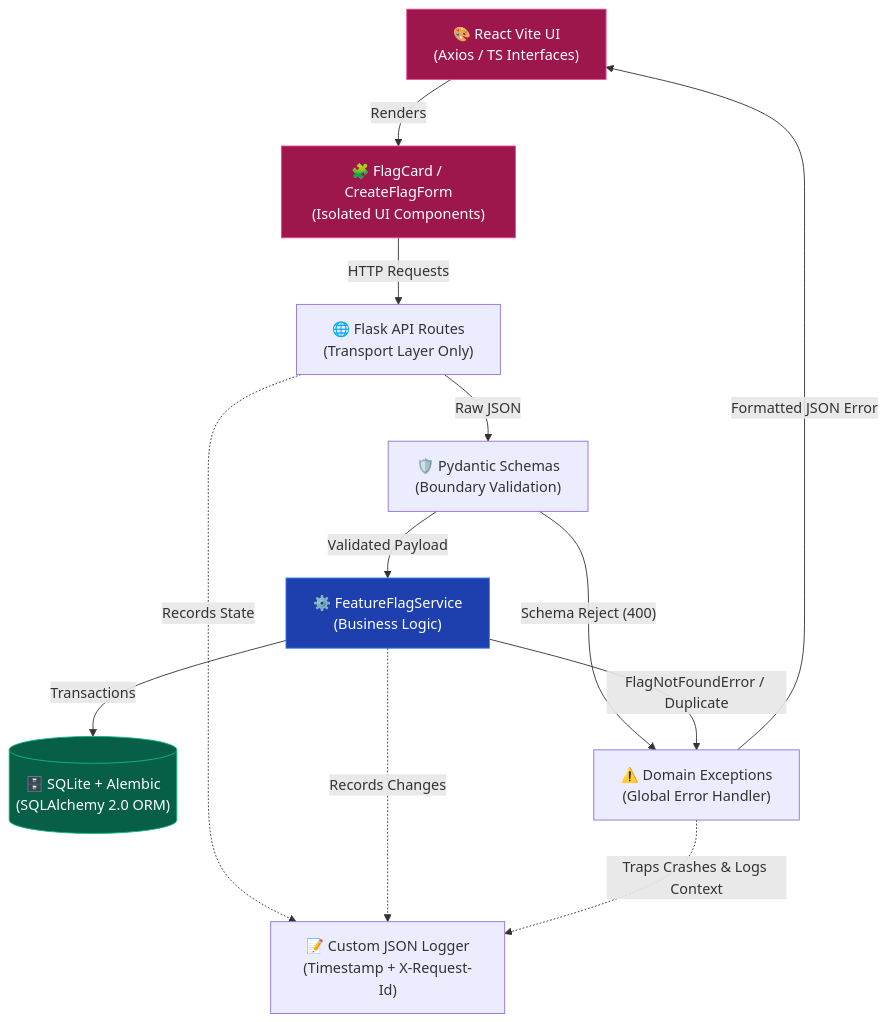
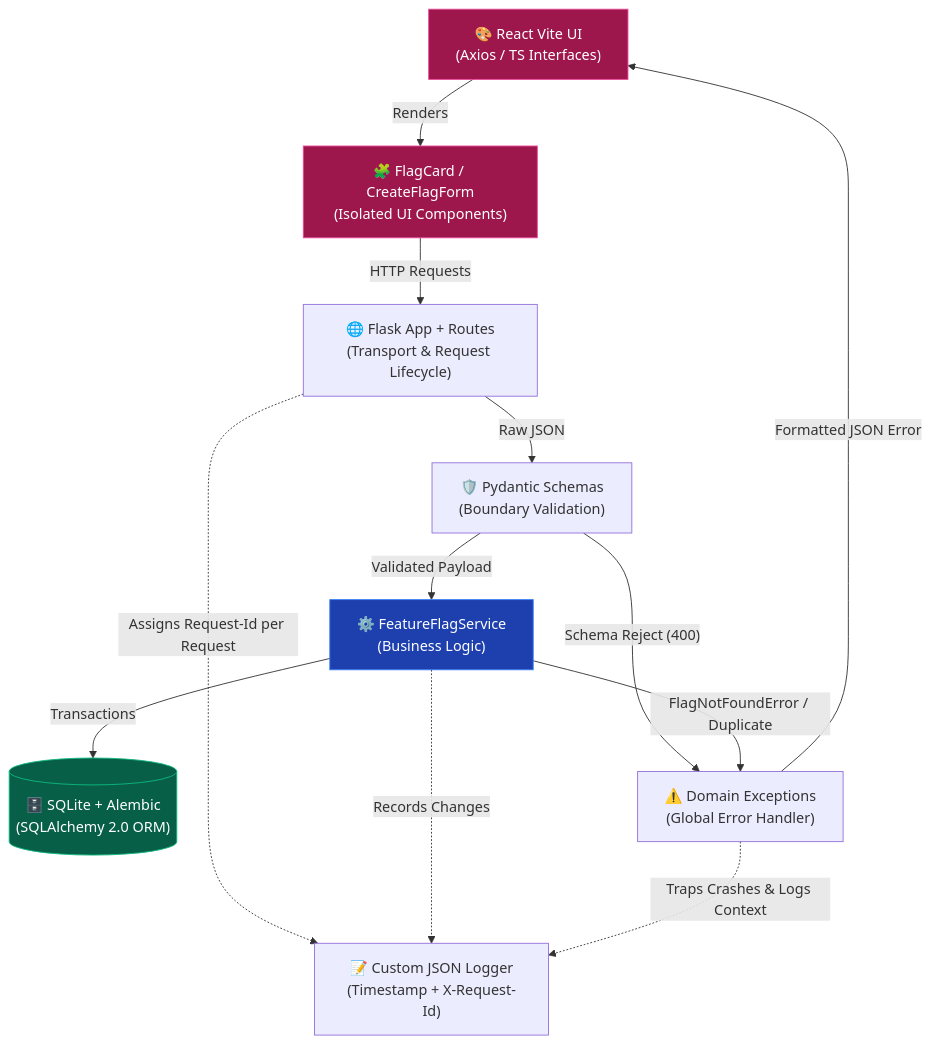
The diagram in README.md (gauravDombale/SafeSwitch), drawn with Mermaid before and after one commit.

Commit message:
fix: correct architecture diagram inaccuracy in README
routes.py has zero logging calls — the dotted 'Records State' label
was misleading. app.py's before_request hook assigns a uuid4 Request-Id
per request, which is the accurate interaction with the logging layer.

- Rename API node: 'Flask API Routes (Transport Layer Only)'
  → 'Flask App + Routes (Transport & Request Lifecycle)'
- Rename dotted edge: 'Records State' → 'Assigns Request-Id per Request'

````diff
--- a/README.md
+++ b/README.md
@@ -7,38 +7,38 @@
 ```mermaid
 flowchart TD
     %% Define Nodes
     Client["🎨 React Vite UI\n(Axios / TS Interfaces)"]
     Components["🧩 FlagCard / CreateFlagForm\n(Isolated UI Components)"]
-    API["🌐 Flask API Routes\n(Transport Layer Only)"]
+    API["🌐 Flask App + Routes\n(Transport & Request Lifecycle)"]
     Validation["🛡️ Pydantic Schemas\n(Boundary Validation)"]
     Logic["⚙️ FeatureFlagService\n(Business Logic)"]
     DB[("🗄️ SQLite + Alembic\n(SQLAlchemy 2.0 ORM)")]
     Logs["📝 Custom JSON Logger\n(Timestamp + X-Request-Id)"]
     Exceptions["⚠️ Domain Exceptions\n(Global Error Handler)"]
 
     %% Define Flow
     Client -- "Renders" --> Components
     Components -- "HTTP Requests" --> API
     API -- "Raw JSON" --> Validation
     Validation -- "Schema Reject (400)" --> Exceptions
     Validation -- "Validated Payload" --> Logic
     Logic -- "Transactions" --> DB
 
     %% Error Flow
     Logic -- "FlagNotFoundError / Duplicate" --> Exceptions
     Exceptions -- "Formatted JSON Error" --> Client
 
     %% Implicit Subsystems
-    API -. "Records State" .-> Logs
+    API -. "Assigns Request-Id per Request" .-> Logs
     Logic -. "Records Changes" .-> Logs
     Exceptions -. "Traps Crashes & Logs Context" .-> Logs
 
     %% Styling
     classDef logic fill:#1e40af,color:#fff,stroke:#3b82f6
     classDef db fill:#065f46,color:#fff,stroke:#10b981
     classDef ui fill:#9d174d,color:#fff,stroke:#ec4899
 
     class Client,Components ui
     class Logic logic
     class DB db
 ```
````
